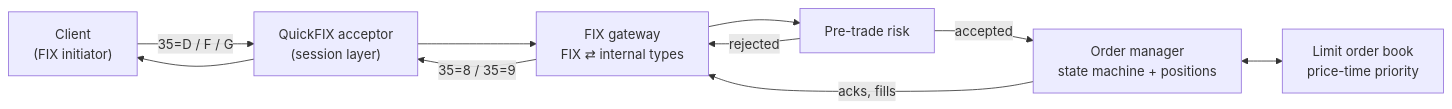
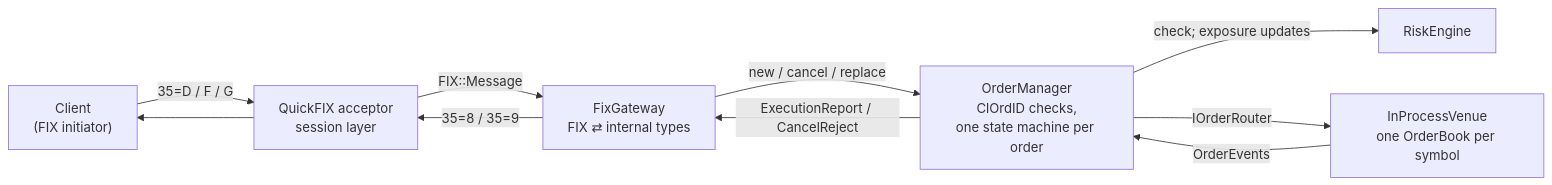
The first of 2 diagrams in README.md (tapishikaur/mini-oems), drawn with Mermaid before and after one commit. The commit also changed other lines of this file and 1 other file, not shown here.

````diff
--- a/README.md
+++ b/README.md
@@ -19,12 +19,12 @@
 ```mermaid
 flowchart LR
-    C["Client<br/>(FIX initiator)"] -- "35=D / F / G" --> Q["QuickFIX acceptor<br/>(session layer)"]
-    Q --> G["FIX gateway<br/>FIX ⇄ internal types"]
-    G --> R["Pre-trade risk"]
-    R -- "rejected" --> G
-    R -- "accepted" --> M["Order manager<br/>state machine + positions"]
-    M <--> B["Limit order book<br/>price-time priority"]
-    M -- "acks, fills" --> G
+    C["Client<br/>(FIX initiator)"] -- "35=D / F / G" --> Q["QuickFIX acceptor<br/>session layer"]
+    Q -- "FIX::Message" --> G["FixGateway<br/>FIX ⇄ internal types"]
+    G -- "new / cancel / replace" --> M["OrderManager<br/>ClOrdID checks,<br/>one state machine per order"]
+    M -- "check; exposure updates" --> R["RiskEngine"]
+    M -- "IOrderRouter" --> V["InProcessVenue<br/>one OrderBook per symbol"]
+    V -- "OrderEvents" --> M
+    M -- "ExecutionReport / CancelReject" --> G
     G -- "35=8 / 35=9" --> Q
     Q --> C
 ```
````
